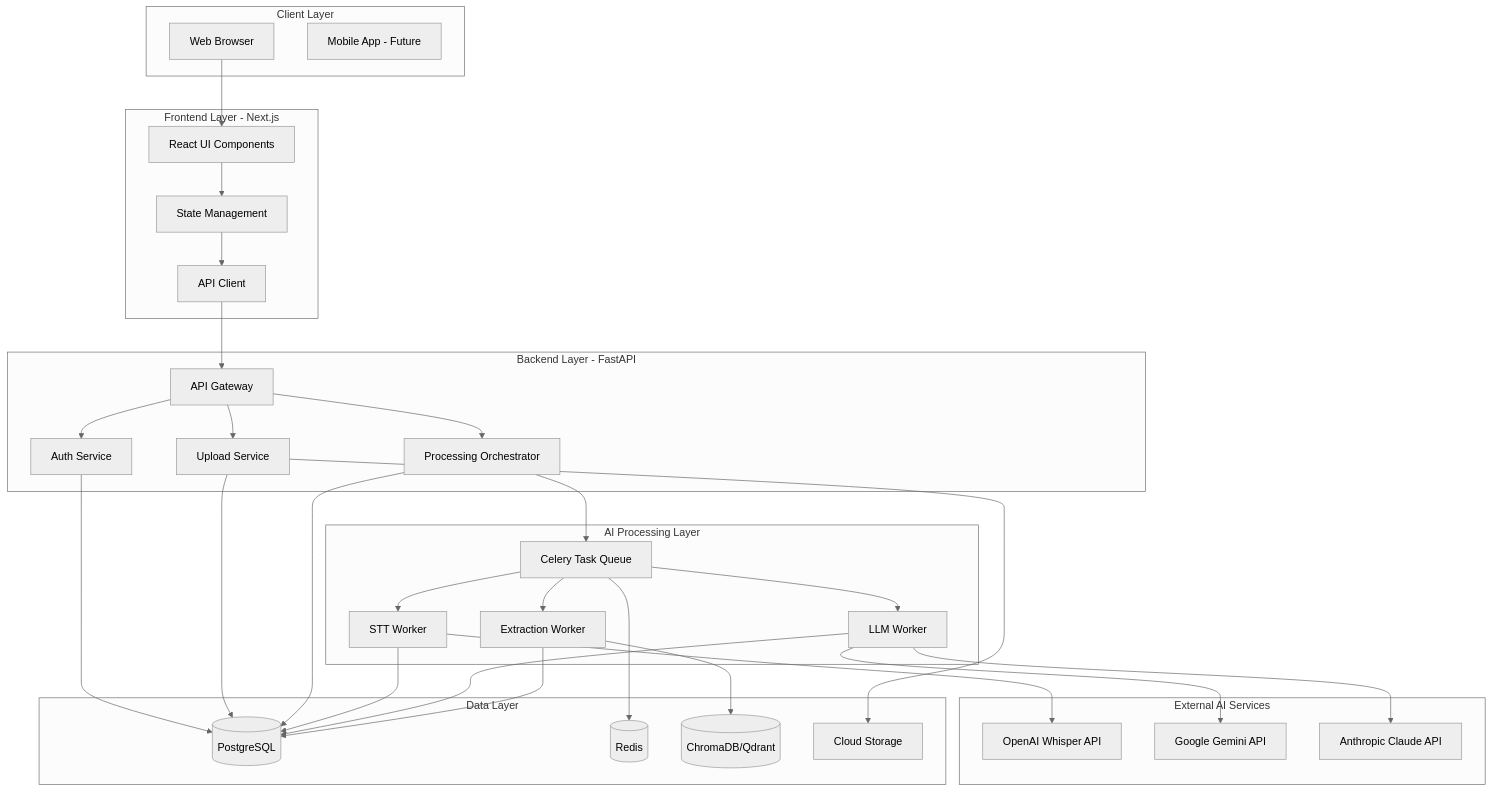
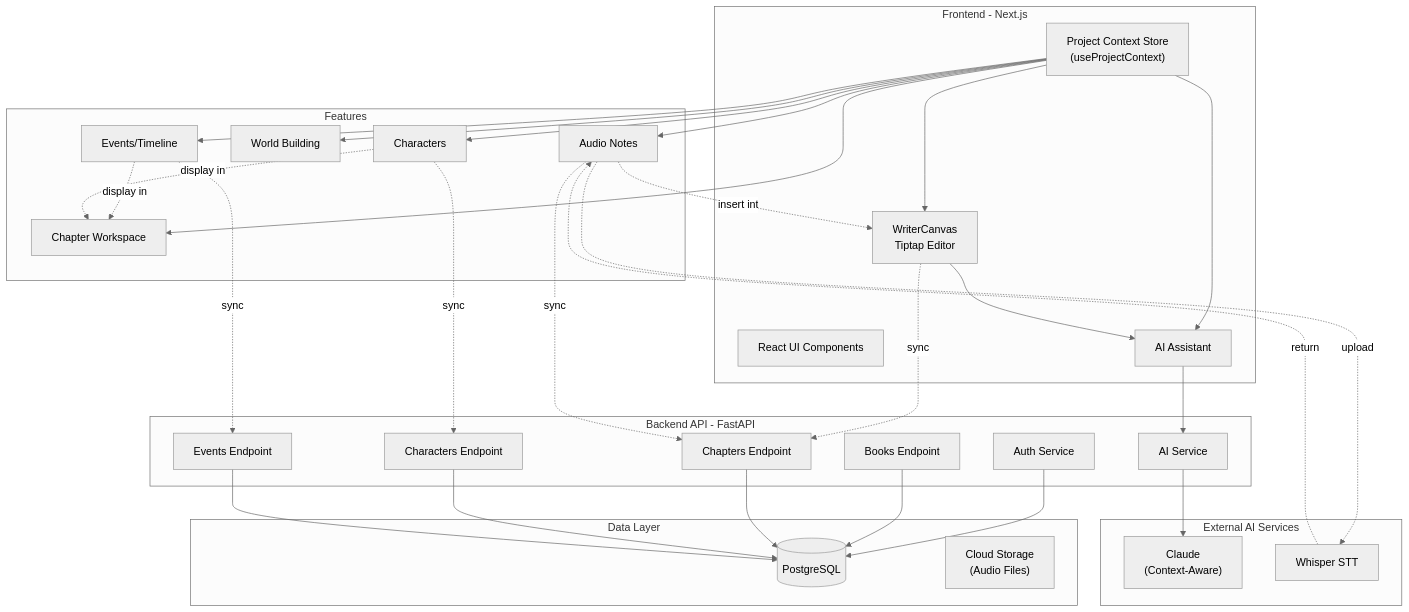
Before and after one commit to futurist-raghav/ai-book-writer: the diagram in docs/ARCHITECTURE.md, drawn with Mermaid (neutral theme). The commit also changed other lines of this file and 13 other files, not shown here.

````diff
--- a/docs/ARCHITECTURE.md
+++ b/docs/ARCHITECTURE.md
@@ -9,70 +9,66 @@
 ```mermaid
 graph TB
-    subgraph "Client Layer"
-        Web[Web Browser]
-        Mobile[Mobile App - Future]
+    subgraph "Frontend - Next.js"
+        UI[React UI Components]
+        WC[WriterCanvas<br/>Tiptap Editor]
+        AI[AI Assistant]
+        STATE["Project Context Store<br/>(useProjectContext)"]
     end
     
-    subgraph "Frontend Layer - Next.js"
-        UI[React UI Components]
-        State[State Management]
-        API_Client[API Client]
+    subgraph "Features"
+        Chars[Characters]
+        World[World Building]
+        Events[Events/Timeline]
+        Audio[Audio Notes]
+        Ch[Chapter Workspace]
     end
     
-    subgraph "Backend Layer - FastAPI"
-        Gateway[API Gateway]
+    subgraph "Backend API - FastAPI"
         Auth[Auth Service]
-        Upload[Upload Service]
-        Processing[Processing Orchestrator]
-    end
-    
-    subgraph "AI Processing Layer"
-        Queue[Celery Task Queue]
-        STT_Worker[STT Worker]
-        LLM_Worker[LLM Worker]
-        Extract_Worker[Extraction Worker]
+        Books[Books Endpoint]
+        Chapters[Chapters Endpoint]
+        Chars_API[Characters Endpoint]
+        Events_API[Events Endpoint]
+        AI_API[AI Service]
     end
     
     subgraph "External AI Services"
-        Whisper[OpenAI Whisper API]
-        Gemini[Google Gemini API]
-        Claude[Anthropic Claude API]
+        Claude["Claude<br/>(Context-Aware)"]
+        Whisper[Whisper STT]
     end
     
     subgraph "Data Layer"
-        PostgreSQL[(PostgreSQL)]
-        Redis[(Redis)]
-        Vector[(ChromaDB/Qdrant)]
-        Storage[Cloud Storage]
+        DB[(PostgreSQL)]
+        Storage["Cloud Storage<br/>(Audio Files)"]
     end
     
-    Web --> UI
-    UI --> State
-    State --> API_Client
-    API_Client --> Gateway
+    STATE --> WC
+    STATE --> AI
+    STATE --> Chars
+    STATE --> World
+    STATE --> Events
+    STATE --> Audio
+    STATE --> Ch
     
-    Gateway --> Auth
-    Gateway --> Upload
-    Gateway --> Processing
+    WC --> AI
+    Audio -.insert into.-> WC
+    Events -.display in.-> Ch
+    Chars -.display in.-> Ch
     
-    Upload --> Storage
-    Processing --> Queue
+    AI --> AI_API
+    AI_API --> Claude
     
-    Queue --> STT_Worker
-    Queue --> LLM_Worker
-    Queue --> Extract_Worker
+    Auth --> DB
+    Books --> DB
+    Chapters --> DB
+    Chars_API --> DB
+    Events_API --> DB
     
-    STT_Worker --> Whisper
-    LLM_Worker --> Gemini
-    LLM_Worker --> Claude
-    Extract_Worker --> Vector
+    WC -.sync.-> Chapters
+    Audio -.sync.-> Chapters
+    Chars -.sync.-> Chars_API
+    Events -.sync.-> Events_API
     
-    Auth --> PostgreSQL
-    Upload --> PostgreSQL
-    Processing --> PostgreSQL
-    Queue --> Redis
-    
-    STT_Worker --> PostgreSQL
-    LLM_Worker --> PostgreSQL
-    Extract_Worker --> PostgreSQL
+    Audio -.upload.-> Whisper
+    Whisper -.return.-> Audio
 ```
````
